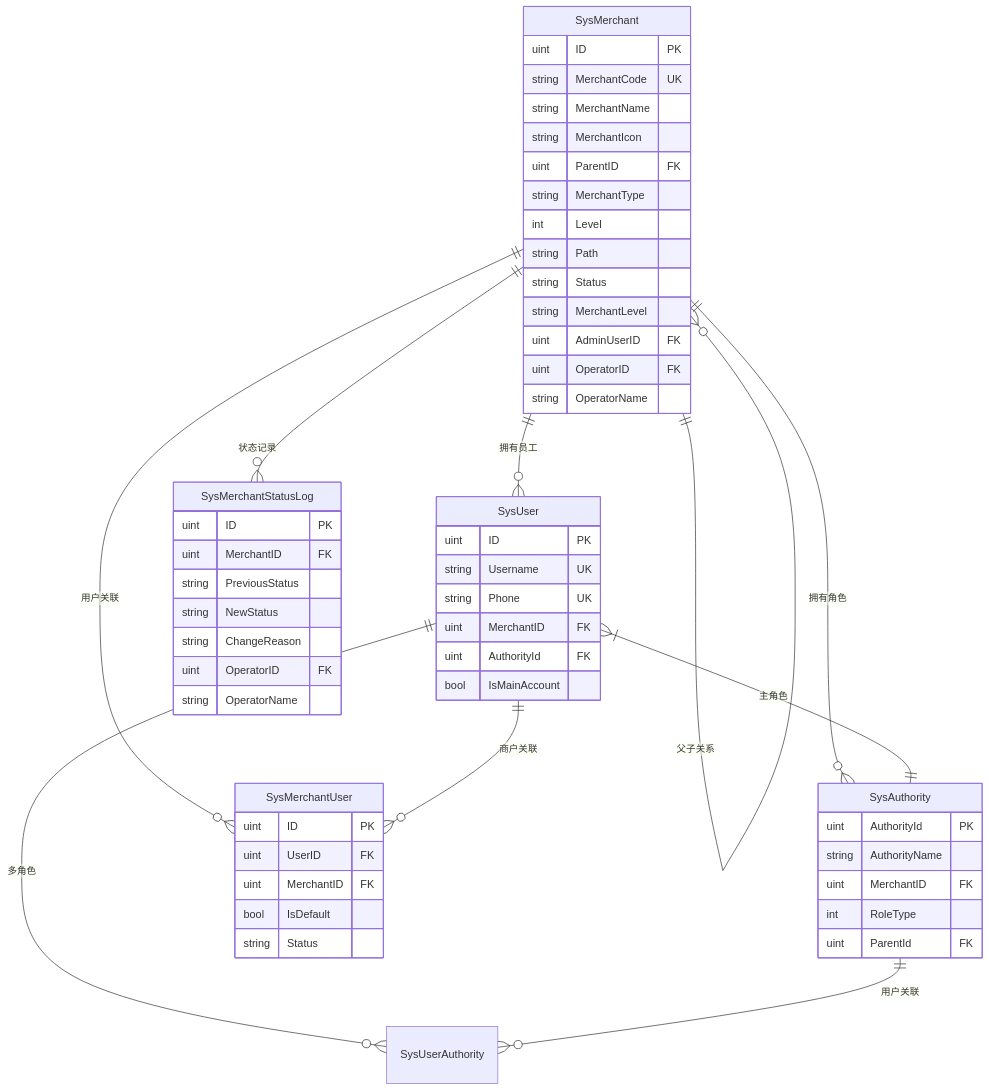
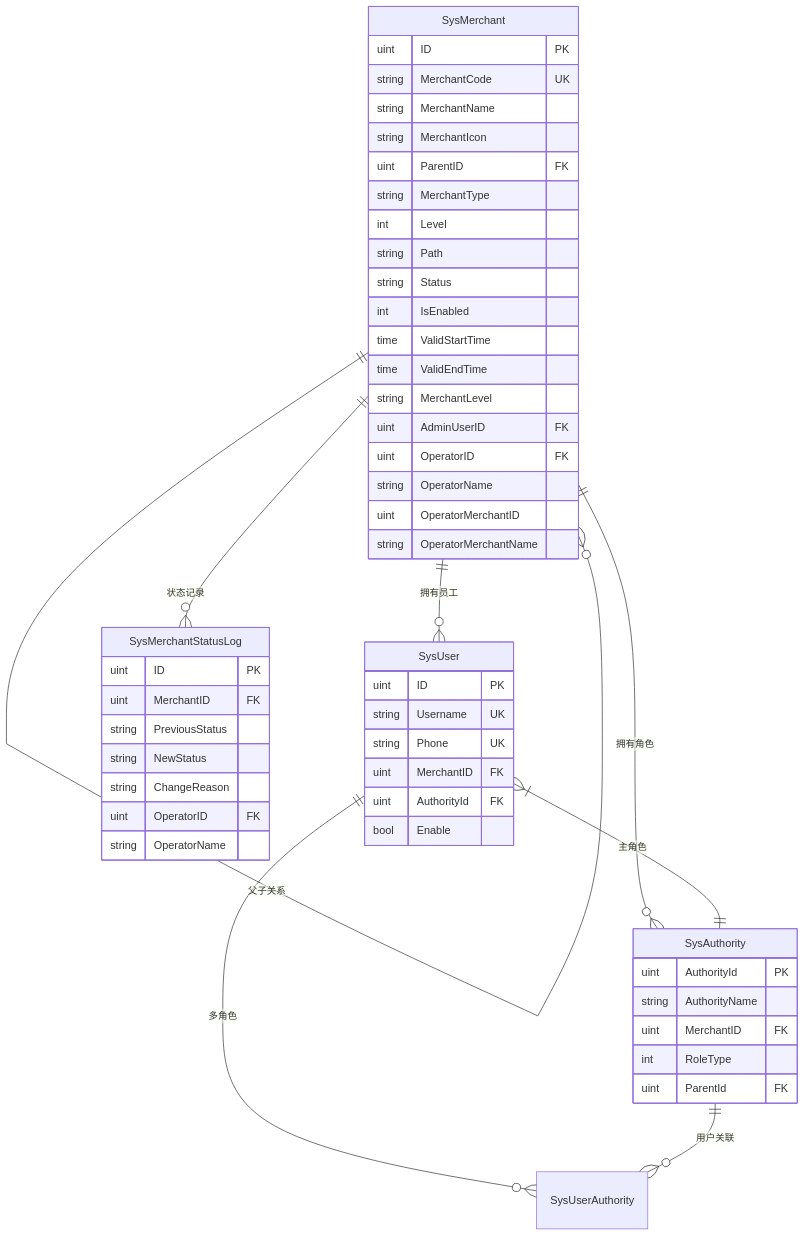
One commit to lele0124/qqgva changed the third of 15 diagrams in .qoder/quests/merchant-management-feature.md. Above: the diagram before and after it, drawn with Mermaid. The commit also changed other lines of this file, not shown here.

````diff
--- a/.qoder/quests/merchant-management-feature.md
+++ b/.qoder/quests/merchant-management-feature.md
@@ -248,65 +408,63 @@
 ```mermaid
 erDiagram
+    SysMerchant ||--o{ SysMerchant : "父子关系"
+
+    
     SysMerchant ||--o{ SysMerchant : "父子关系"
     SysMerchant ||--o{ SysUser : "拥有员工"
     SysMerchant ||--o{ SysAuthority : "拥有角色"
     SysMerchant ||--o{ SysMerchantStatusLog : "状态记录"
-    SysMerchant ||--o{ SysMerchantUser : "用户关联"
     
-    SysUser ||--o{ SysMerchantUser : "商户关联"
     SysUser }|--|| SysAuthority : "主角色"
     SysUser ||--o{ SysUserAuthority : "多角色"
     
     SysAuthority ||--o{ SysUserAuthority : "用户关联"
     
     SysMerchant {
         uint ID PK
         string MerchantCode UK
         string MerchantName
         string MerchantIcon
         uint ParentID FK
         string MerchantType
         int Level
         string Path
         string Status
+        int IsEnabled
+        time ValidStartTime
+        time ValidEndTime
         string MerchantLevel
         uint AdminUserID FK
         uint OperatorID FK
         string OperatorName
+        uint OperatorMerchantID
+        string OperatorMerchantName
     }
     
     SysUser {
         uint ID PK
         string Username UK
         string Phone UK
         uint MerchantID FK
         uint AuthorityId FK
-        bool IsMainAccount
+        bool Enable
     }
     
     SysAuthority {
         uint AuthorityId PK
         string AuthorityName
         uint MerchantID FK
         int RoleType
         uint ParentId FK
-    }
-    
-    SysMerchantUser {
-        uint ID PK
-        uint UserID FK
-        uint MerchantID FK
-        bool IsDefault
-        string Status
     }
     
     SysMerchantStatusLog {
         uint ID PK
         uint MerchantID FK
         string PreviousStatus
         string NewStatus
         string ChangeReason
         uint OperatorID FK
         string OperatorName
     }
 ```
````
